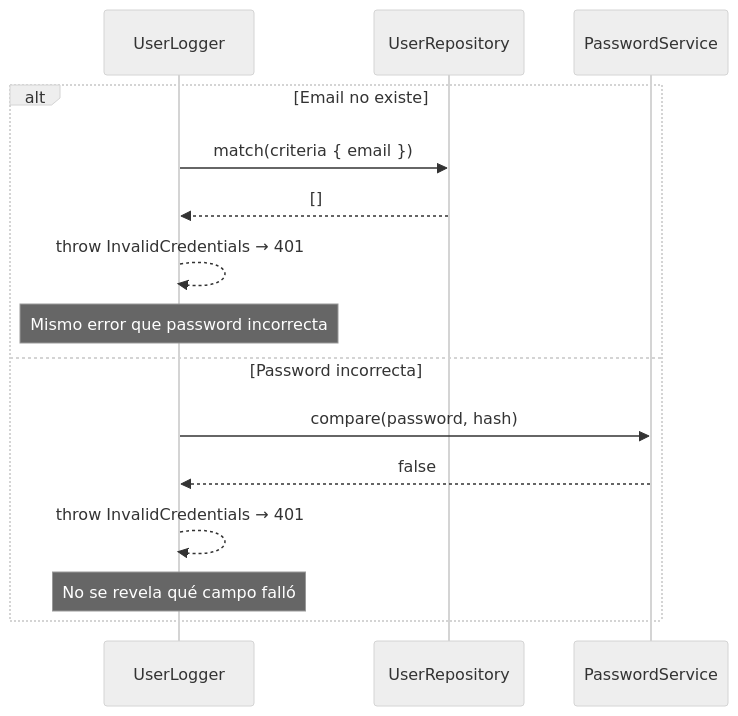
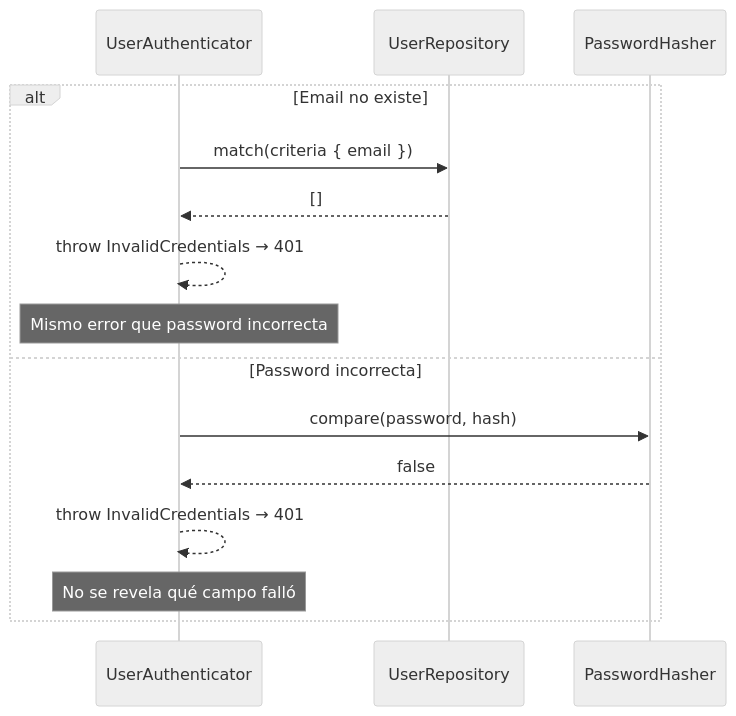
The second of 2 diagrams in docs/apps/api/identity/login/sequence.md (AbrahamVilchesDeLaCruz/ididntcatchthat), drawn with Mermaid (neutral theme) before and after one commit. The commit also changed other lines of this file and 7 other files, not shown here.

````diff
--- a/docs/apps/api/identity/login/sequence.md
+++ b/docs/apps/api/identity/login/sequence.md
@@ -39,18 +39,18 @@
 ```mermaid
 sequenceDiagram
-    participant UC as UserLogger
+    participant UC as UserAuthenticator
     participant UREPO as UserRepository
-    participant PS as PasswordService
+    participant PH as PasswordHasher
 
     alt Email no existe
         UC->>UREPO: match(criteria { email })
         UREPO-->>UC: []
         UC-->>UC: throw InvalidCredentials → 401
         Note over UC: Mismo error que password incorrecta
     else Password incorrecta
-        UC->>PS: compare(password, hash)
-        PS-->>UC: false
+        UC->>PH: compare(password, hash)
+        PH-->>UC: false
         UC-->>UC: throw InvalidCredentials → 401
         Note over UC: No se revela qué campo falló
     end
 ```
````
